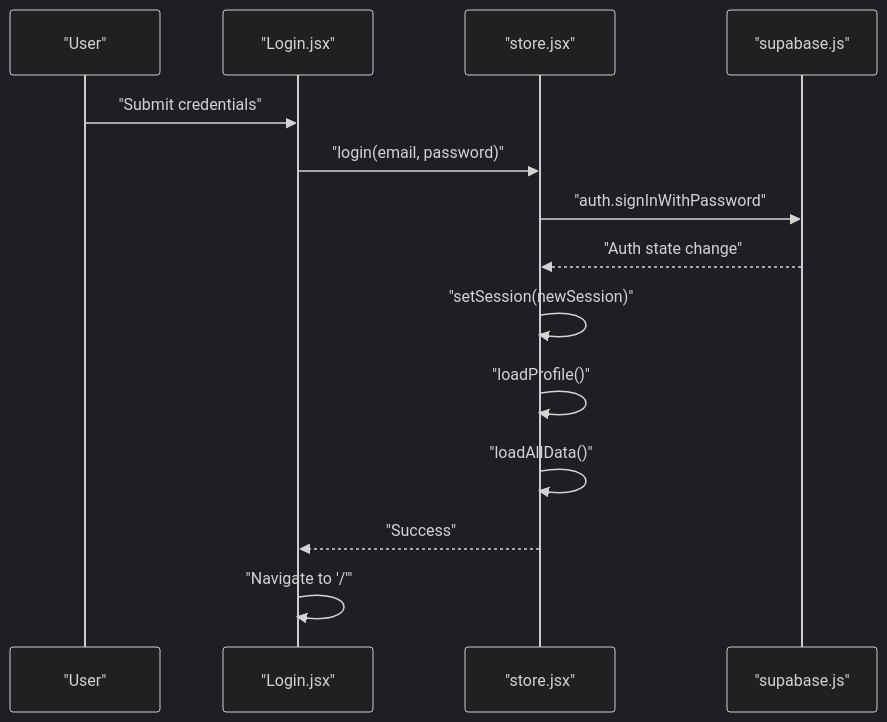
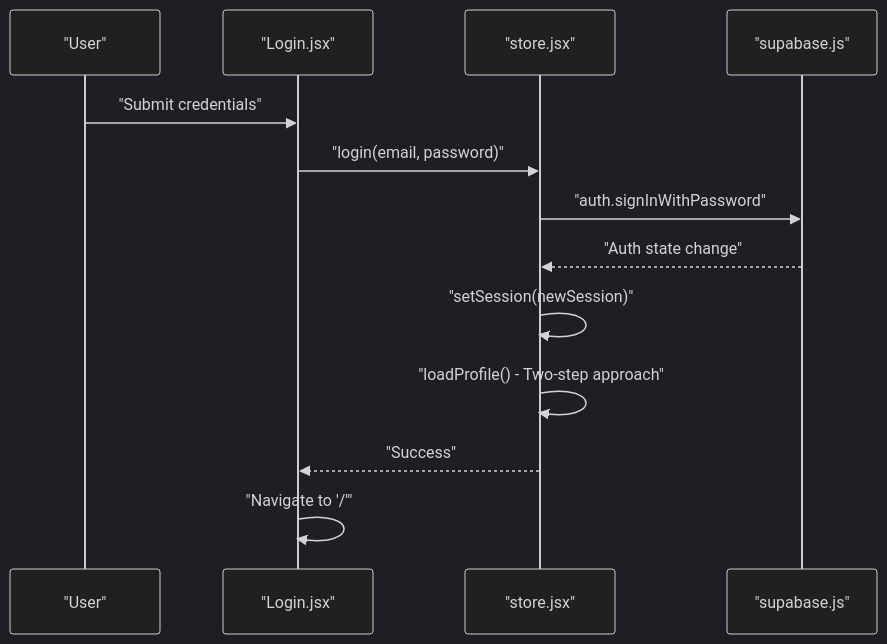
Before and after one commit to netdaniel/serveflow: the fourth of 10 diagrams in .qoder/repowiki/en/content/State Management System/Authentication State Management.md, drawn with Mermaid (dark theme). The commit also changed other lines of this file and 12 other files, not shown here.

````diff
--- a/.qoder/repowiki/en/content/State Management System/Authentication State Management.md
+++ b/.qoder/repowiki/en/content/State Management System/Authentication State Management.md
@@ -228,16 +253,15 @@
 ```mermaid
 sequenceDiagram
 participant User as "User"
 participant LoginPage as "Login.jsx"
 participant Store as "store.jsx"
 participant Supa as "supabase.js"
 User->>LoginPage : "Submit credentials"
 LoginPage->>Store : "login(email, password)"
 Store->>Supa : "auth.signInWithPassword"
 Supa-->>Store : "Auth state change"
 Store->>Store : "setSession(newSession)"
-Store->>Store : "loadProfile()"
-Store->>Store : "loadAllData()"
+Store->>Store : "loadProfile() - Two-step approach"
 Store-->>LoginPage : "Success"
 LoginPage->>LoginPage : "Navigate to '/'"
 ```
````
